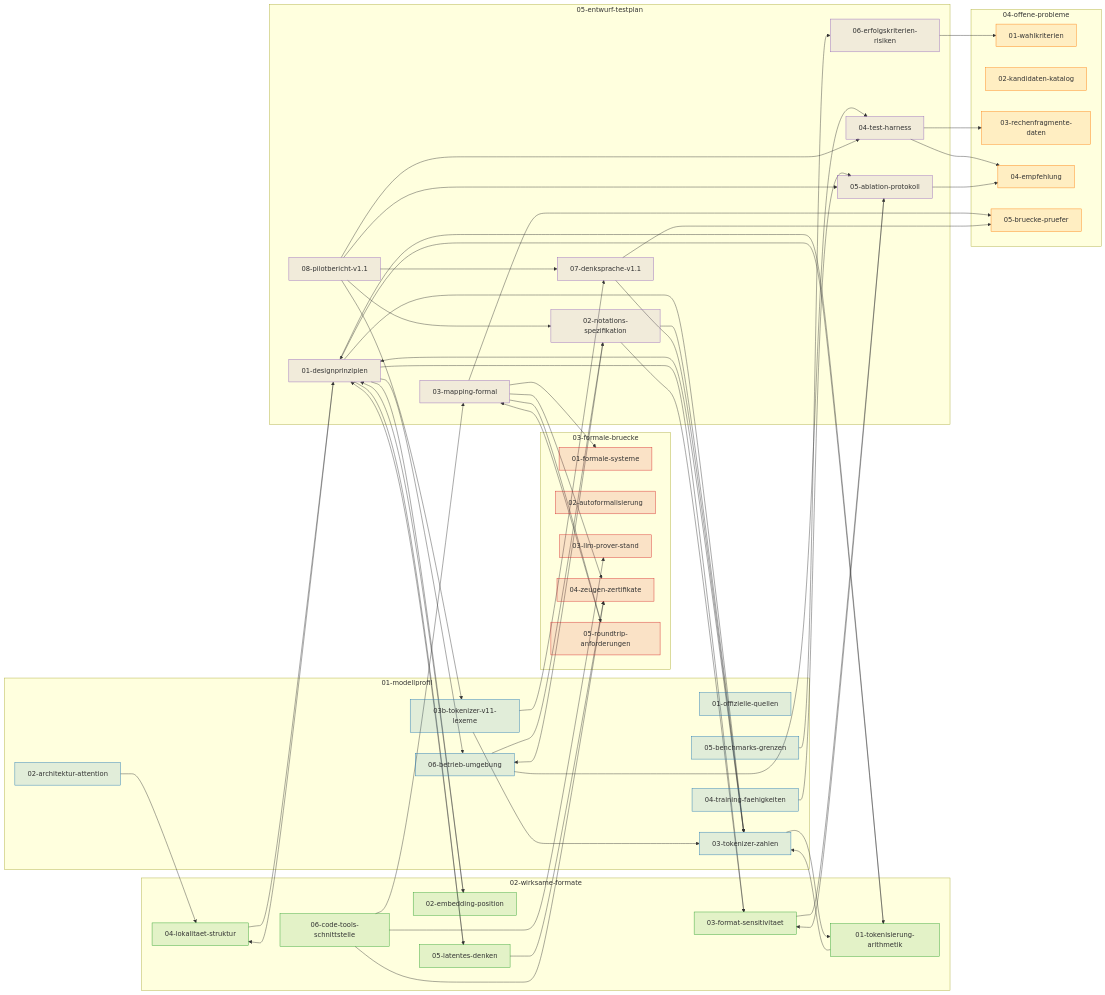
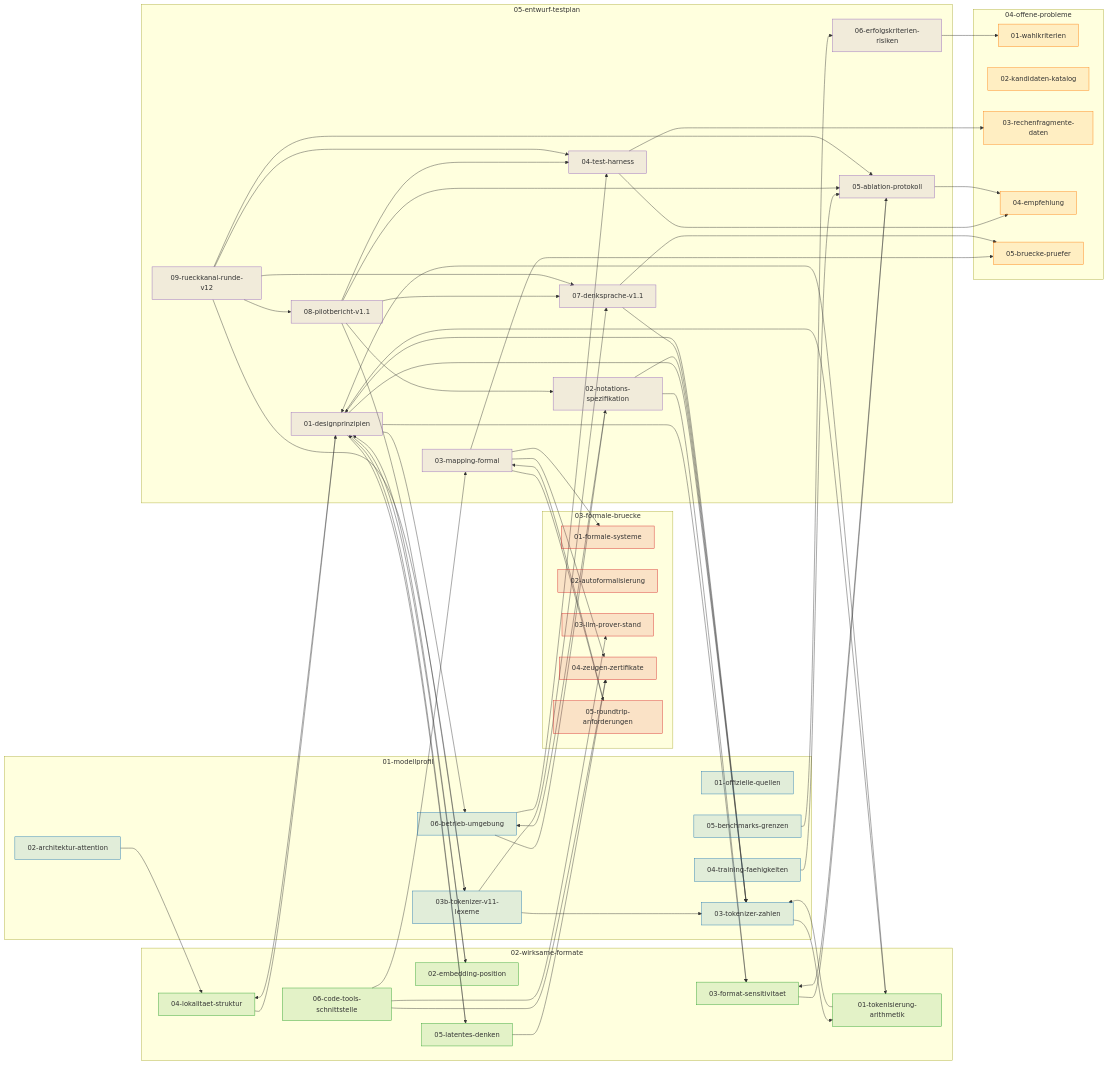
Before and after one commit to carsteneu/proofboy: the diagram in yesdocs/deepseek-math-notation/wiki/INDEX.md, drawn with Mermaid. The commit also changed other lines of this file and 4 other files, not shown here.

````diff
--- a/yesdocs/deepseek-math-notation/wiki/INDEX.md
+++ b/yesdocs/deepseek-math-notation/wiki/INDEX.md
@@ -71,6 +72,7 @@
     F0506[06-erfolgskriterien-risiken]
     F0507[07-denksprache-v1.1]
     F0508[08-pilotbericht-v1.1]
+    F0509[09-rueckkanal-runde-v12]
   end
   F0102 --> F0204
   F0103 --> F0201
@@ -118,6 +120,11 @@
   F0508 --> F0504
   F0508 --> F0502
   F0508 --> F0103B
+  F0509 --> F0508
+  F0509 --> F0507
+  F0509 --> F0505
+  F0509 --> F0504
+  F0509 --> F0103B
   classDef C01 fill:#1f77b422,stroke:#1f77b4,stroke-width:1px
   classDef C02 fill:#2ca02c22,stroke:#2ca02c,stroke-width:1px
   classDef C03 fill:#d6272822,stroke:#d62728,stroke-width:1px
@@ -127,5 +134,5 @@
   class F0201,F0202,F0203,F0204,F0205,F0206 C02
   class F0301,F0302,F0303,F0304,F0305 C03
   class F0401,F0402,F0403,F0404,F0405 C04
-  class F0501,F0502,F0503,F0504,F0505,F0506,F0507,F0508 C05
+  class F0501,F0502,F0503,F0504,F0505,F0506,F0507,F0508,F0509 C05
 ```
````
